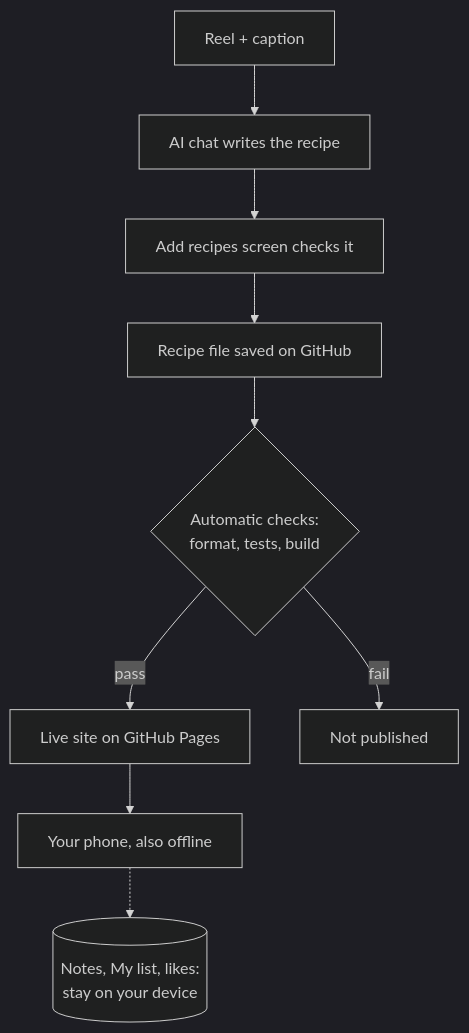
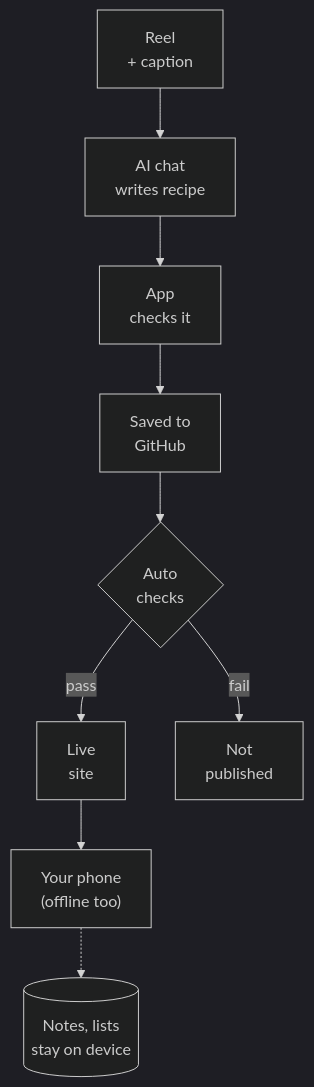
Before and after one commit to Jatin17Solanki/protein-plate: the diagram in README.md, drawn with Mermaid (dark theme). The commit also changed other lines of this file and 14 other files, not shown here.

````diff
--- a/README.md
+++ b/README.md
@@ -93,11 +139,11 @@
 ```mermaid
 flowchart TD
-    A["Reel + caption"] --> B["AI chat writes the recipe"]
-    B --> C["Add recipes screen checks it"]
-    C --> D["Recipe file saved on GitHub"]
-    D --> E{"Automatic checks:<br/>format, tests, build"}
-    E -- pass --> F["Live site on GitHub Pages"]
-    E -- fail --> X["Not published"]
-    F --> G["Your phone, also offline"]
-    G -.-> H[("Notes, My list, likes:<br/>stay on your device")]
+    A["Reel<br/>+ caption"] --> B["AI chat<br/>writes recipe"]
+    B --> C["App<br/>checks it"]
+    C --> D["Saved to<br/>GitHub"]
+    D --> E{"Auto<br/>checks"}
+    E -- pass --> F["Live<br/>site"]
+    E -- fail --> X["Not<br/>published"]
+    F --> G["Your phone<br/>(offline too)"]
+    G -.-> H[("Notes, lists<br/>stay on device")]
 ```
````
